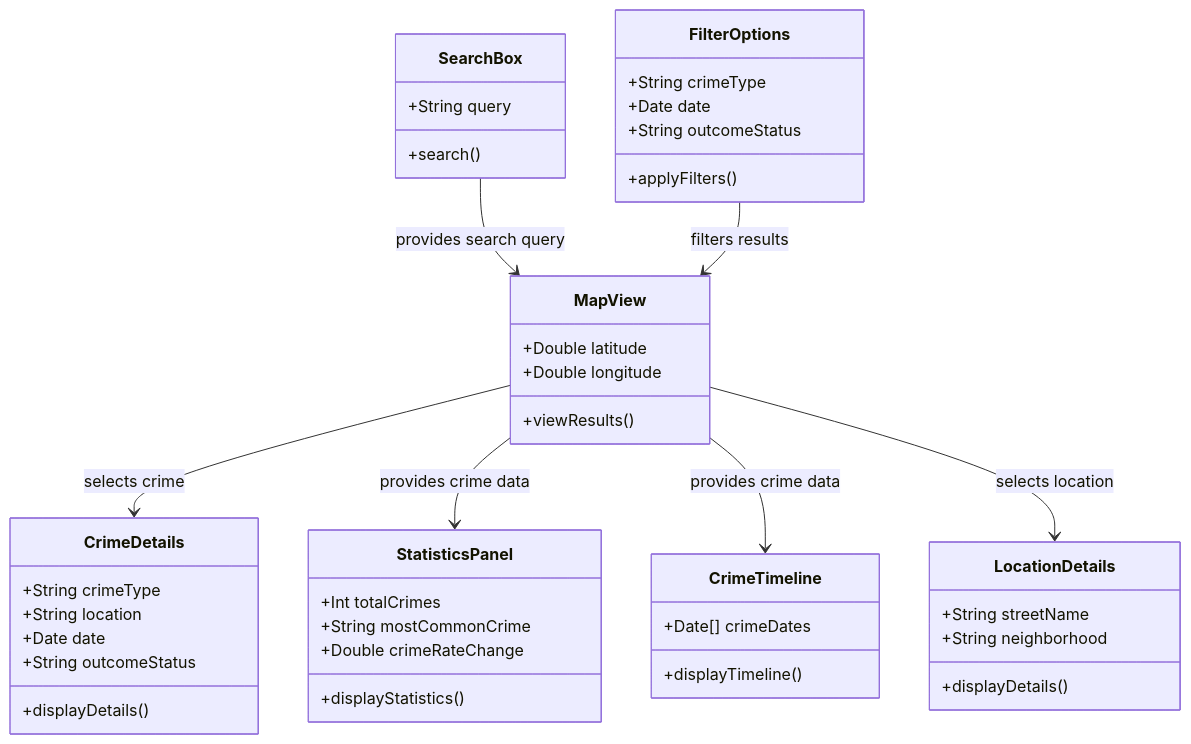
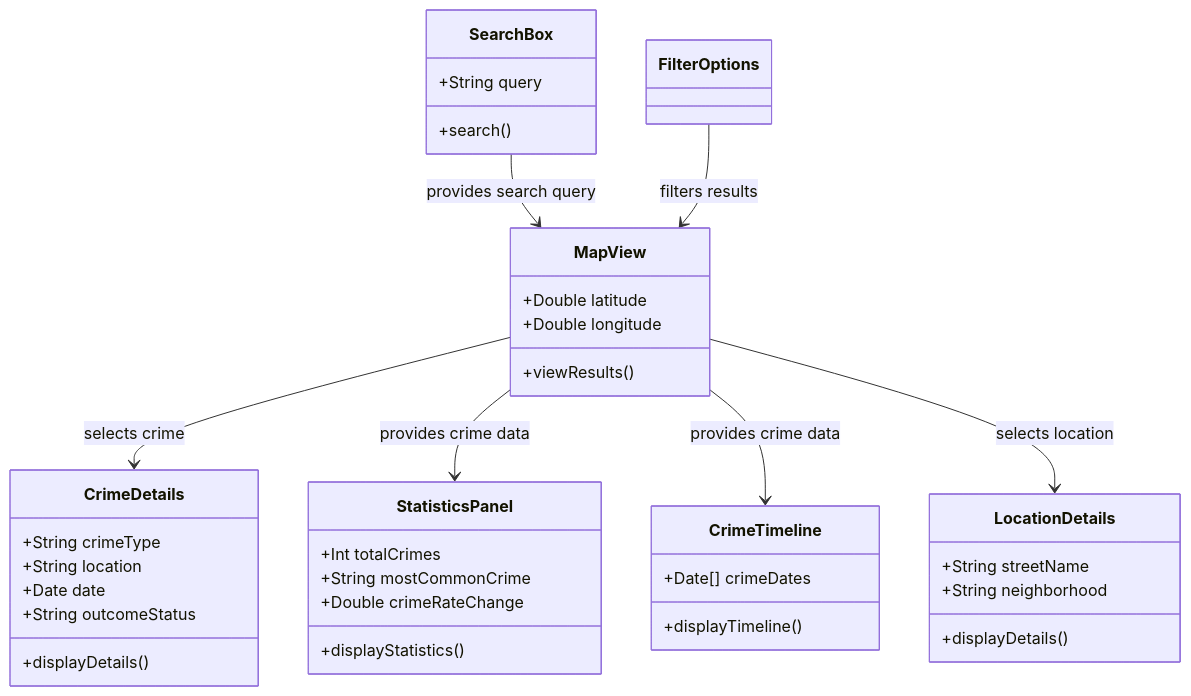
The diagram in DesignDocuments/README.md (wbeeker/UK-Crime-Data), drawn with Mermaid before and after one commit. The commit also changed 1 other file, not shown here.

Commit message:
updated uml

````diff
--- a/DesignDocuments/README.md
+++ b/DesignDocuments/README.md
@@ -5,47 +5,41 @@
 ```mermaid
 classDiagram
     class SearchBox {
         +String query
         +search()
     }
     class MapView {
         +Double latitude
         +Double longitude
         +viewResults()
     }
     class CrimeDetails {
         +String crimeType
         +String location
         +Date date
         +String outcomeStatus
         +displayDetails()
-    }
-    class FilterOptions {
-        +String crimeType
-        +Date date
-        +String outcomeStatus
-        +applyFilters()
     }
     class StatisticsPanel {
         +Int totalCrimes
         +String mostCommonCrime
         +Double crimeRateChange
         +displayStatistics()
     }
     class CrimeTimeline {
         +Date[] crimeDates
         +displayTimeline()
     }
     class LocationDetails {
         +String streetName
         +String neighborhood
         +displayDetails()
     }
     SearchBox --> MapView : provides search query
     MapView --> CrimeDetails : selects crime
     FilterOptions --> MapView : filters results
     MapView --> StatisticsPanel : provides crime data
     MapView --> CrimeTimeline : provides crime data
     MapView --> LocationDetails : selects location
 
 ```
````
